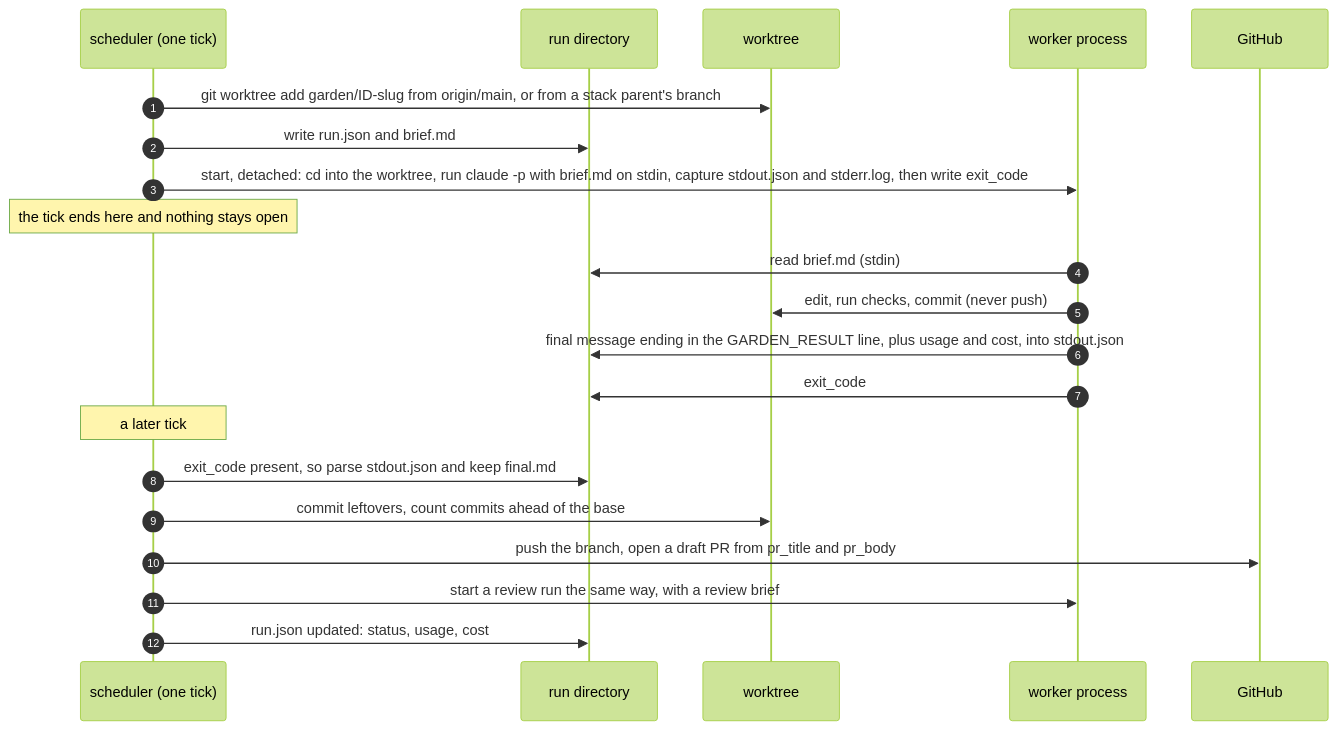
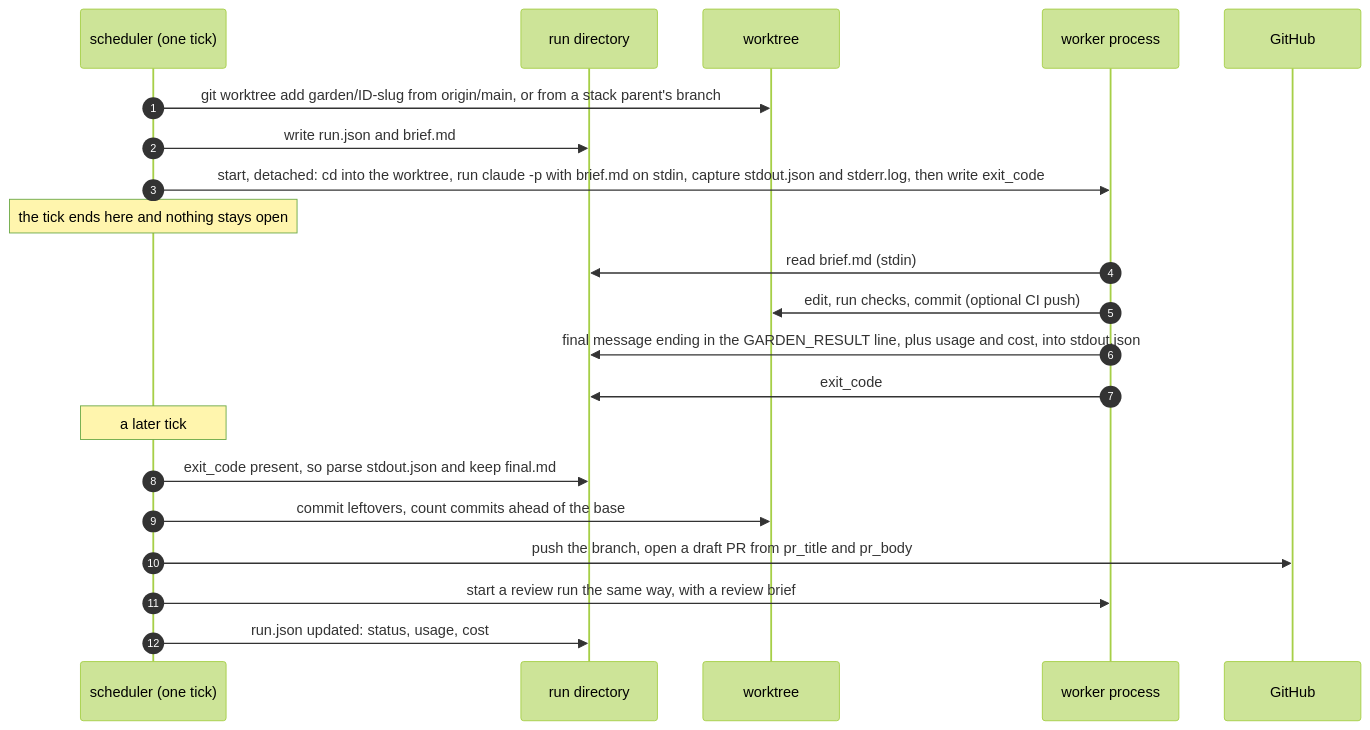
The diagram in docs/worker-protocol.md (joshmarcus/context-garden), drawn with Mermaid (forest theme) before and after one commit. The commit also changed other lines of this file and 8 other files, not shown here.

````diff
--- a/docs/worker-protocol.md
+++ b/docs/worker-protocol.md
@@ -49,23 +49,23 @@
 ```mermaid
 sequenceDiagram
   autonumber
   participant S as scheduler (one tick)
   participant D as run directory
   participant T as worktree
   participant W as worker process
   participant G as GitHub
   S->>T: git worktree add garden/ID-slug from origin/main, or from a stack parent's branch
   S->>D: write run.json and brief.md
   S->>W: start, detached: cd into the worktree, run claude -p with brief.md on stdin, capture stdout.json and stderr.log, then write exit_code
   Note over S: the tick ends here and nothing stays open
   W->>D: read brief.md (stdin)
-  W->>T: edit, run checks, commit (never push)
+  W->>T: edit, run checks, commit (optional CI push)
   W->>D: final message ending in the GARDEN_RESULT line, plus usage and cost, into stdout.json
   W->>D: exit_code
   Note over S: a later tick
   S->>D: exit_code present, so parse stdout.json and keep final.md
   S->>T: commit leftovers, count commits ahead of the base
   S->>G: push the branch, open a draft PR from pr_title and pr_body
   S->>W: start a review run the same way, with a review brief
   S->>D: run.json updated: status, usage, cost
 ```
````
